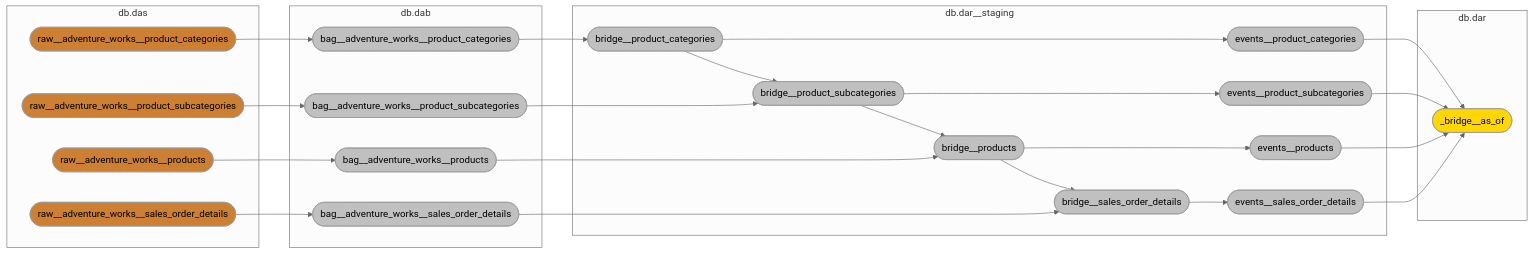
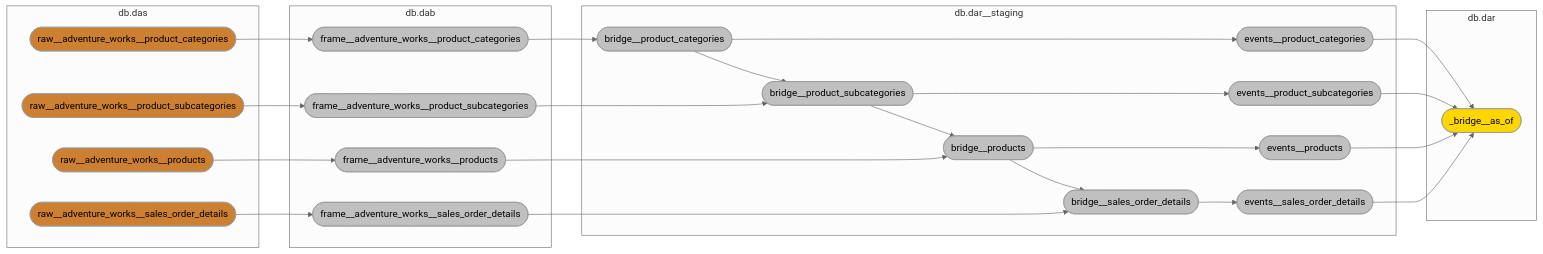
The third of 4 diagrams in README.md (mattiasthalen/adventure-works), drawn with Mermaid (neutral theme) before and after one commit. The commit also changed other lines of this file and 242 other files, not shown here.

Commit message:
Rename bag to frame

````diff
--- a/README.md
+++ b/README.md
@@ -134,46 +134,46 @@
 ```mermaid
 flowchart LR
     classDef bronze fill:#CD7F32,color:black
     classDef silver fill:#C0C0C0,color:black
     classDef gold fill:#FFD700,color:black
 
     subgraph db.das["db.das"]
         raw__adventure_works__product_categories(["raw__adventure_works__product_categories"]):::bronze
         raw__adventure_works__product_subcategories(["raw__adventure_works__product_subcategories"]):::bronze
         raw__adventure_works__products(["raw__adventure_works__products"]):::bronze
         raw__adventure_works__sales_order_details(["raw__adventure_works__sales_order_details"]):::bronze
     end
     
     subgraph db.dab["db.dab"]
-        bag__adventure_works__product_categories(["bag__adventure_works__product_categories"]):::silver
-        bag__adventure_works__product_subcategories(["bag__adventure_works__product_subcategories"]):::silver
-        bag__adventure_works__products(["bag__adventure_works__products"]):::silver
-        bag__adventure_works__sales_order_details(["bag__adventure_works__sales_order_details"]):::silver
+        frame__adventure_works__product_categories(["frame__adventure_works__product_categories"]):::silver
+        frame__adventure_works__product_subcategories(["frame__adventure_works__product_subcategories"]):::silver
+        frame__adventure_works__products(["frame__adventure_works__products"]):::silver
+        frame__adventure_works__sales_order_details(["frame__adventure_works__sales_order_details"]):::silver
     end
     
     subgraph db.dar__staging["db.dar__staging"]
         bridge__product_categories(["bridge__product_categories"]):::silver
         bridge__product_subcategories(["bridge__product_subcategories"]):::silver
         bridge__products(["bridge__products"]):::silver
         bridge__sales_order_details(["bridge__sales_order_details"]):::silver
         
         events__product_categories(["events__product_categories"]):::silver
         events__product_subcategories(["events__product_subcategories"]):::silver
         events__products(["events__products"]):::silver
         events__sales_order_details(["events__sales_order_details"]):::silver
     end
 
     subgraph db.dar["db.dar"]
         unified_bridge(["_bridge__as_of"]):::gold
     end
 
-    raw__adventure_works__product_categories --> bag__adventure_works__product_categories --> bridge__product_categories --> bridge__product_subcategories --> bridge__products --> bridge__sales_order_details
-    raw__adventure_works__product_subcategories --> bag__adventure_works__product_subcategories --> bridge__product_subcategories
-    raw__adventure_works__products --> bag__adventure_works__products --> bridge__products
-    raw__adventure_works__sales_order_details --> bag__adventure_works__sales_order_details --> bridge__sales_order_details
+    raw__adventure_works__product_categories --> frame__adventure_works__product_categories --> bridge__product_categories --> bridge__product_subcategories --> bridge__products --> bridge__sales_order_details
+    raw__adventure_works__product_subcategories --> frame__adventure_works__product_subcategories --> bridge__product_subcategories
+    raw__adventure_works__products --> frame__adventure_works__products --> bridge__products
+    raw__adventure_works__sales_order_details --> frame__adventure_works__sales_order_details --> bridge__sales_order_details
 
     bridge__product_categories -----> events__product_categories --> unified_bridge
     bridge__product_subcategories ----> events__product_subcategories --> unified_bridge
     bridge__products ---> events__products --> unified_bridge
     bridge__sales_order_details --> events__sales_order_details --> unified_bridge
 ```
````
